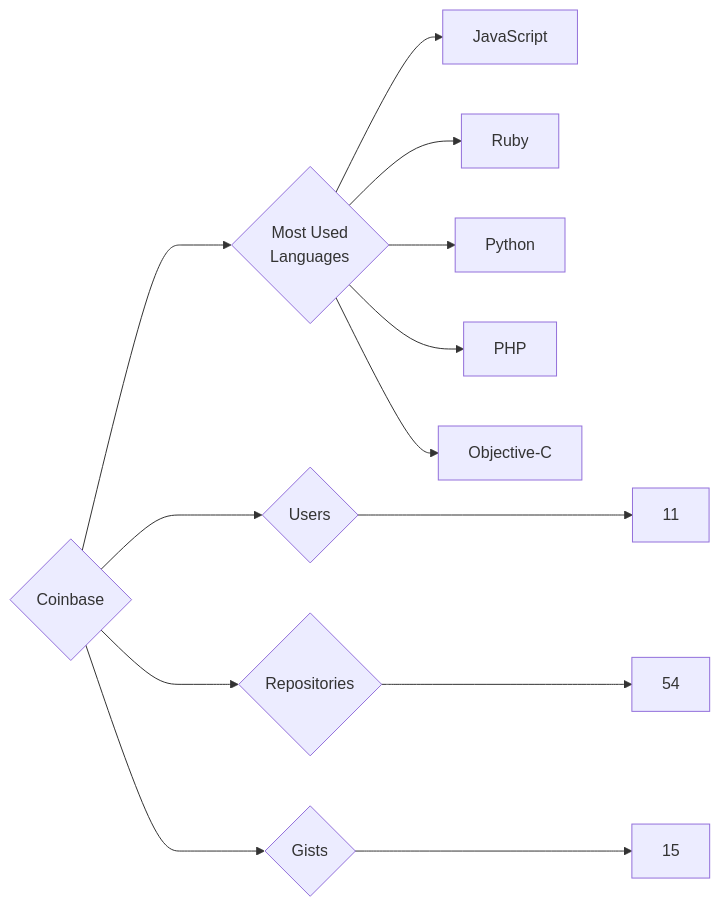
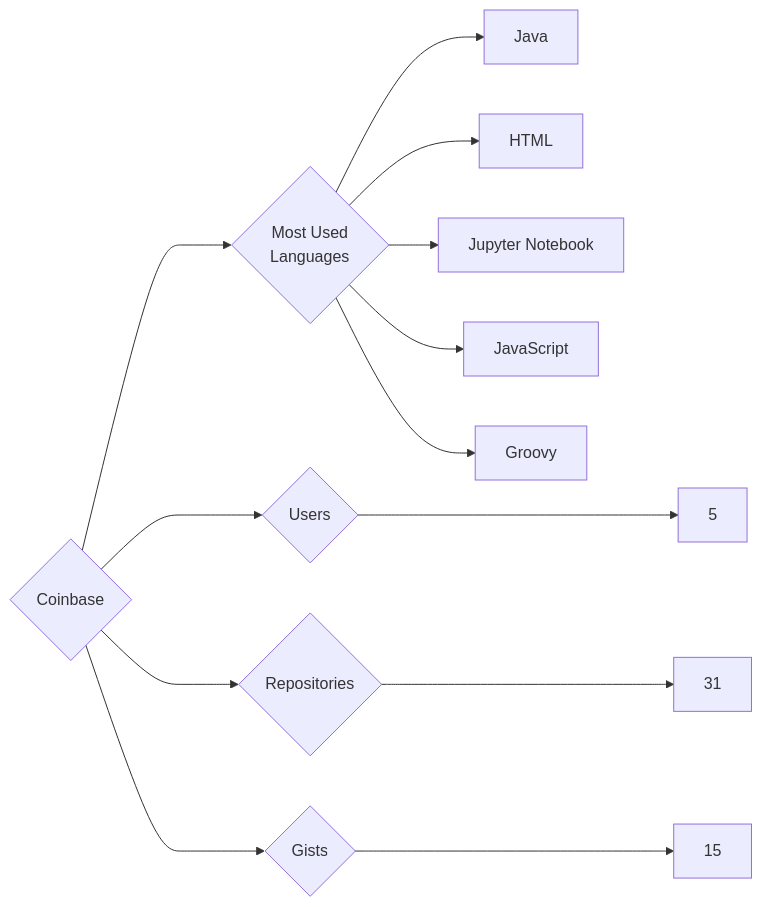
Before and after one commit to trickest/insiders: the diagram in targets/Coinbase/README.md, drawn with Mermaid. The commit also changed 1141 other files, not shown here.

````diff
--- a/targets/Coinbase/README.md
+++ b/targets/Coinbase/README.md
@@ -3,13 +3,13 @@
 ```mermaid
 graph LR
 COMPANY_NAME{Coinbase}
-COMPANY_NAME ---> U{Users} ---> UN[11]
-COMPANY_NAME ---> R{Repositories} ---> RN[54]
+COMPANY_NAME ---> U{Users} ---> UN[5]
+COMPANY_NAME ---> R{Repositories} ---> RN[31]
 COMPANY_NAME ---> G{Gists} ---> GN[15]
 COMPANY_NAME ---> ML{Most Used<br>Languages}
+ML --> Java[Java]
+ML --> HTML[HTML]
+ML --> Jupyter_Notebook[Jupyter Notebook]
 ML --> JavaScript[JavaScript]
-ML --> Ruby[Ruby]
-ML --> Python[Python]
-ML --> PHP[PHP]
-ML --> Objective-C[Objective-C]
+ML --> Groovy[Groovy]
 ```
````
